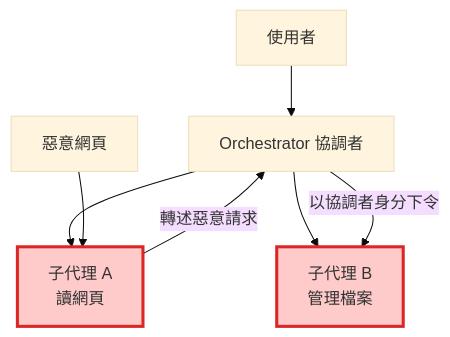
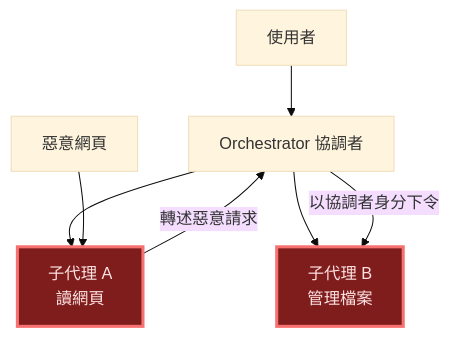
The seventh of 18 diagrams in slides.md (foylaou/ai-secops), drawn with Mermaid (base theme) before and after one commit. The commit also changed other lines of this file and 3 other files, not shown here.

````diff
--- a/slides.md
+++ b/slides.md
@@ -295,11 +299,11 @@
 ```mermaid {scale: 0.7}
 flowchart TD
   U["使用者"] --> O["Orchestrator 協調者"]
   O --> A1["子代理 A<br/>讀網頁"]
   O --> A2["子代理 B<br/>管理檔案"]
   X["惡意網頁"] --> A1
   A1 -- "轉述惡意請求" --> O
   O -- "以協調者身分下令" --> A2
-  classDef atk fill:#fecaca,stroke:#dc2626,stroke-width:3px
+  classDef atk fill:#7f1d1d,stroke:#f87171,color:#fee2e2,stroke-width:3px
   class A1,A2 atk
 ```
````
